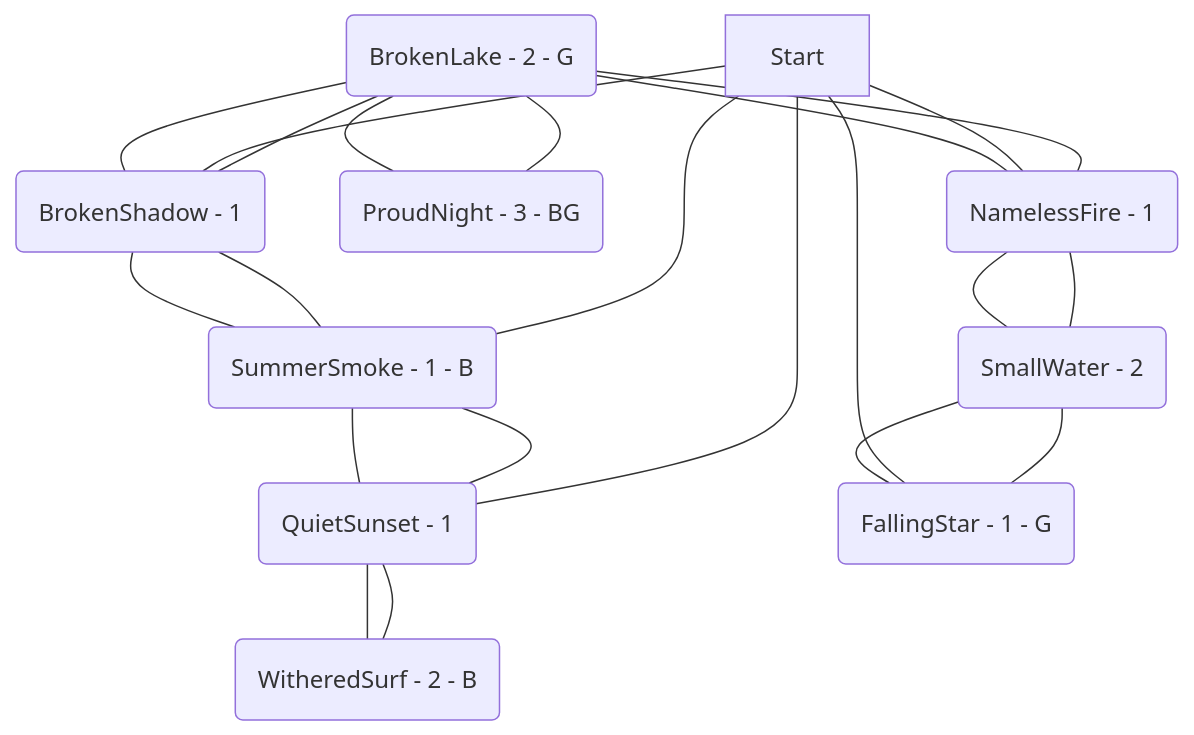
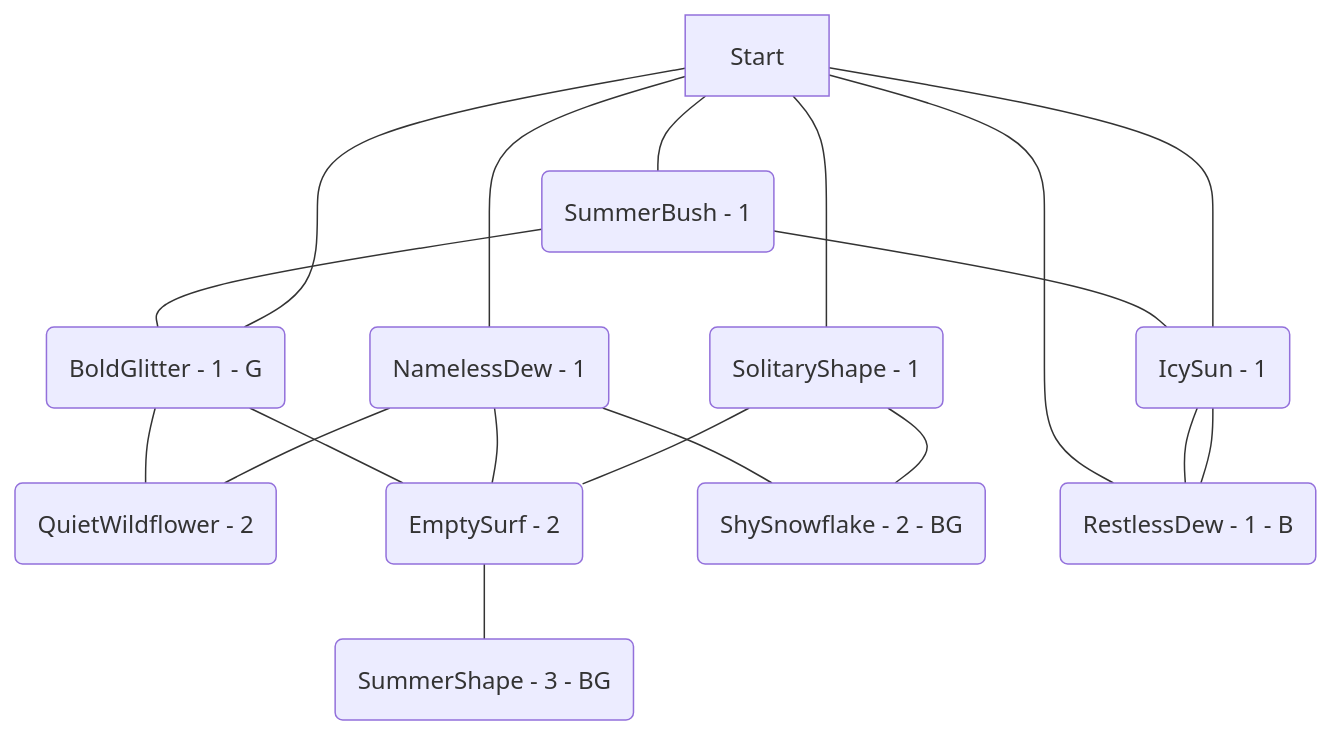
One commit to kinostl/Automatic-Liberation-Map changed the diagram in examples/008.md. Above: the diagram before and after it, drawn with Mermaid. The commit also changed other lines of this file and 9 other files, not shown here.

````diff
--- a/examples/008.md
+++ b/examples/008.md
@@ -4,24 +4,21 @@
 ```mermaid  
 flowchart TD  
-	LvCOMYFI(BrokenLake - 2 - G) --- ptMhlVsw(BrokenShadow - 1)  
-	Start --- HYaOexdZ(SummerSmoke - 1 - B)  
-	ptMhlVsw(BrokenShadow - 1) --- LvCOMYFI(BrokenLake - 2 - G)  
-	LvCOMYFI(BrokenLake - 2 - G) --- OCirjgvE(ProudNight - 3 - BG)  
-	Start --- JPUzRDtB(QuietSunset - 1)  
-	LvCOMYFI(BrokenLake - 2 - G) --- SywYgkXp(NamelessFire - 1)  
-	HYaOexdZ(SummerSmoke - 1 - B) --- ptMhlVsw(BrokenShadow - 1)  
-	JPUzRDtB(QuietSunset - 1) --- HYaOexdZ(SummerSmoke - 1 - B)  
-	kVMgyBUp(FallingStar - 1 - G) --- RXshTJCt(SmallWater - 2)  
-	OCirjgvE(ProudNight - 3 - BG) --- LvCOMYFI(BrokenLake - 2 - G)  
-	Start --- ptMhlVsw(BrokenShadow - 1)  
-	ptMhlVsw(BrokenShadow - 1) --- HYaOexdZ(SummerSmoke - 1 - B)  
-	HYaOexdZ(SummerSmoke - 1 - B) --- JPUzRDtB(QuietSunset - 1)  
-	RXshTJCt(SmallWater - 2) --- kVMgyBUp(FallingStar - 1 - G)  
-	Start --- SywYgkXp(NamelessFire - 1)  
-	mLsEgzPk(WitheredSurf - 2 - B) --- JPUzRDtB(QuietSunset - 1)  
-	SywYgkXp(NamelessFire - 1) --- RXshTJCt(SmallWater - 2)  
-	JPUzRDtB(QuietSunset - 1) --- mLsEgzPk(WitheredSurf - 2 - B)  
-	Start --- kVMgyBUp(FallingStar - 1 - G)  
-	SywYgkXp(NamelessFire - 1) --- LvCOMYFI(BrokenLake - 2 - G)  
-	RXshTJCt(SmallWater - 2) --- SywYgkXp(NamelessFire - 1)  
+	Start --- EjoSeJxB(NamelessDew - 1)  
+	Start --- fFysPKah(SummerBush - 1)  
+	uIOqkvRl(BoldGlitter - 1 - G) --- kvZgMODw(QuietWildflower - 2)  
+	uIOqkvRl(BoldGlitter - 1 - G) --- oGcPLnBU(EmptySurf - 2)  
+	EjoSeJxB(NamelessDew - 1) --- iCEjgkYT(ShySnowflake - 2 - BG)  
+	oGcPLnBU(EmptySurf - 2) --- LiwkGmbJ(SummerShape - 3 - BG)  
+	fFysPKah(SummerBush - 1) --- uIOqkvRl(BoldGlitter - 1 - G)  
+	Start --- JRHGdYch(RestlessDew - 1 - B)  
+	EjoSeJxB(NamelessDew - 1) --- oGcPLnBU(EmptySurf - 2)  
+	JRHGdYch(RestlessDew - 1 - B) --- RwtBugZQ(IcySun - 1)  
+	koLreTPa(SolitaryShape - 1) --- iCEjgkYT(ShySnowflake - 2 - BG)  
+	koLreTPa(SolitaryShape - 1) --- oGcPLnBU(EmptySurf - 2)  
+	fFysPKah(SummerBush - 1) --- RwtBugZQ(IcySun - 1)  
+	Start --- RwtBugZQ(IcySun - 1)  
+	EjoSeJxB(NamelessDew - 1) --- kvZgMODw(QuietWildflower - 2)  
+	Start --- koLreTPa(SolitaryShape - 1)  
+	Start --- uIOqkvRl(BoldGlitter - 1 - G)  
+	RwtBugZQ(IcySun - 1) --- JRHGdYch(RestlessDew - 1 - B)  
 ```  
````
